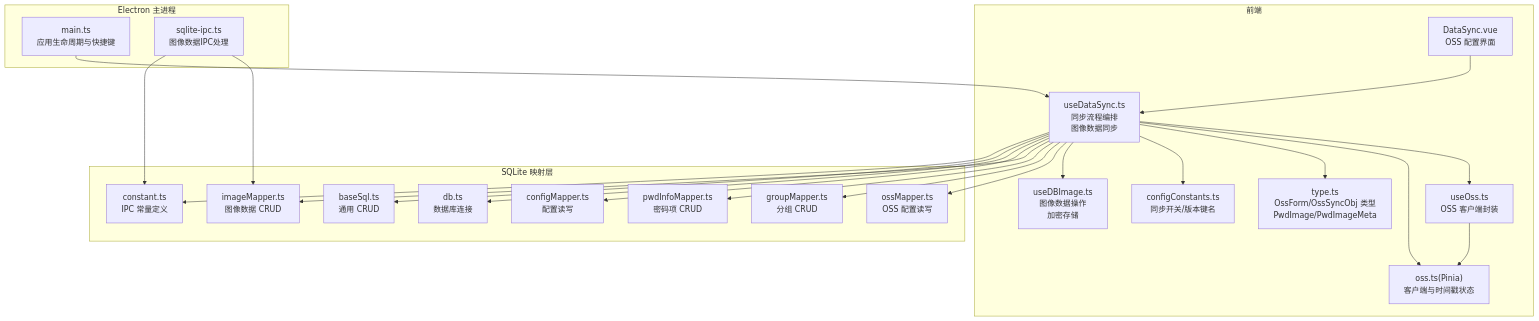
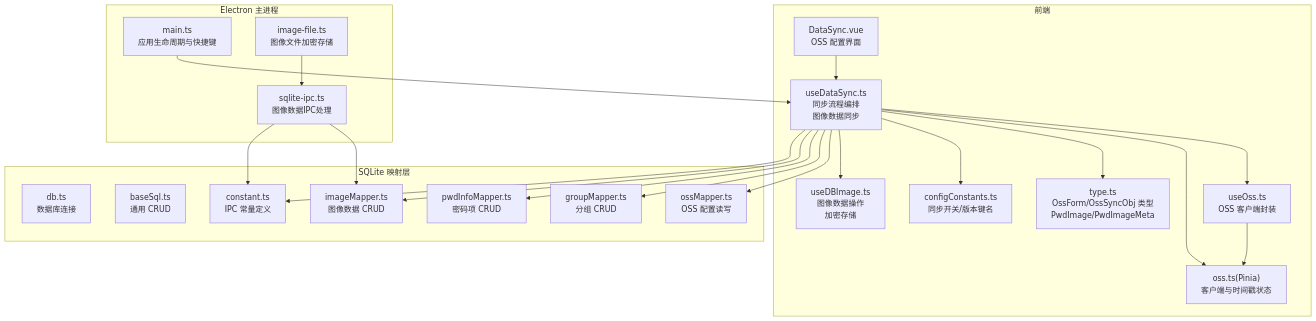
One commit to scgithub3220216/password-manager changed the first of 5 diagrams in .qoder/repowiki/zh/content/业务逻辑层/数据同步机制.md. Above: the diagram before and after it, drawn with Mermaid. The commit also changed other lines of this file and 23 other files, not shown here.

First line of the commit message:
feat(sync): 完善图像数据同步架构与处理逻辑

````diff
--- a/.qoder/repowiki/zh/content/业务逻辑层/数据同步机制.md
+++ b/.qoder/repowiki/zh/content/业务逻辑层/数据同步机制.md
@@ -55,44 +57,42 @@
 ```mermaid
 graph TB
 subgraph "前端"
 A["useDataSync.ts<br/>同步流程编排<br/>图像数据同步"]
 B["useOss.ts<br/>OSS 客户端封装"]
 C["oss.ts(Pinia)<br/>客户端与时间戳状态"]
 D["DataSync.vue<br/>OSS 配置界面"]
 E["type.ts<br/>OssForm/OssSyncObj 类型<br/>PwdImage/PwdImageMeta"]
 F["configConstants.ts<br/>同步开关/版本键名"]
 G["useDBImage.ts<br/>图像数据操作<br/>加密存储"]
 end
 subgraph "Electron 主进程"
 H["main.ts<br/>应用生命周期与快捷键"]
 I["sqlite-ipc.ts<br/>图像数据IPC处理"]
+J["image-file.ts<br/>图像文件加密存储"]
 end
 subgraph "SQLite 映射层"
-J["db.ts<br/>数据库连接"]
-K["baseSql.ts<br/>通用 CRUD"]
-L["ossMapper.ts<br/>OSS 配置读写"]
-M["groupMapper.ts<br/>分组 CRUD"]
-N["pwdInfoMapper.ts<br/>密码项 CRUD"]
-O["imageMapper.ts<br/>图像数据 CRUD"]
-P["configMapper.ts<br/>配置读写"]
+K["db.ts<br/>数据库连接"]
+L["baseSql.ts<br/>通用 CRUD"]
+M["ossMapper.ts<br/>OSS 配置读写"]
+N["groupMapper.ts<br/>分组 CRUD"]
+O["pwdInfoMapper.ts<br/>密码项 CRUD"]
+P["imageMapper.ts<br/>图像数据 CRUD"]
 Q["constant.ts<br/>IPC 常量定义"]
 end
 A --> B
 A --> C
 A --> E
 A --> F
 A --> G
 D --> A
 B --> C
-A --> L
 A --> M
 A --> N
 A --> O
 A --> P
-A --> J
-A --> K
 A --> Q
-I --> O
+I --> P
 I --> Q
 H --> A
+J --> I
 ```
````
